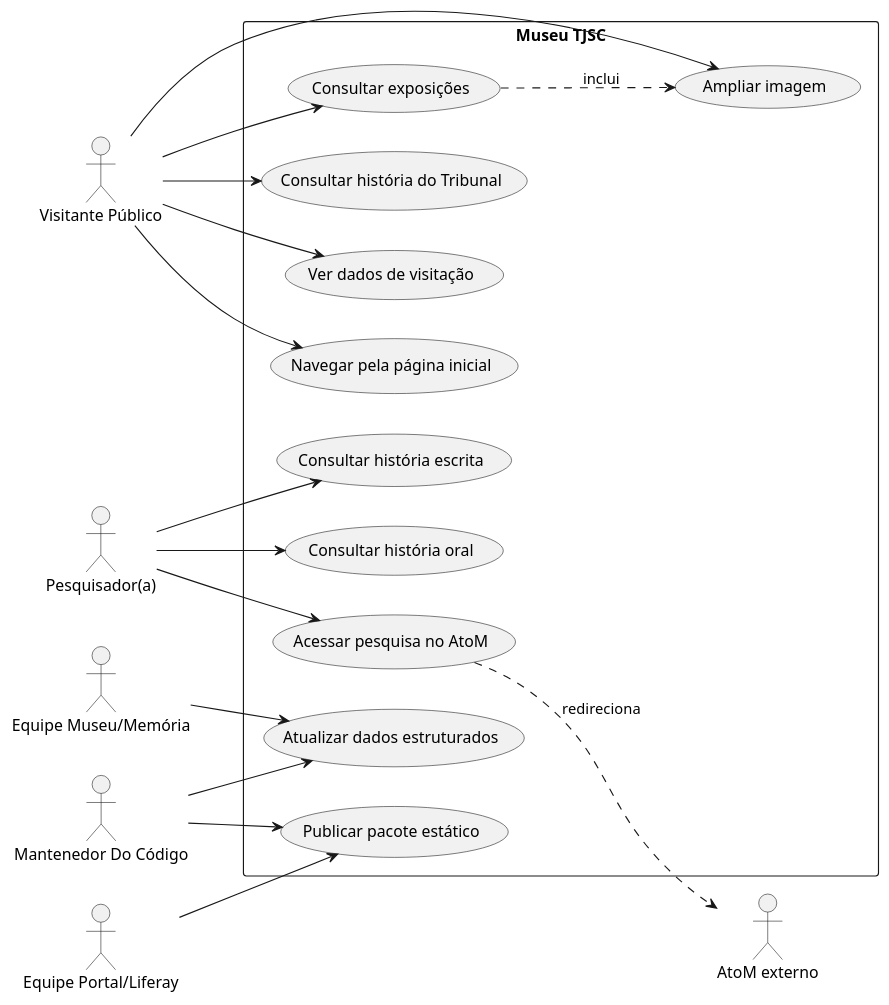
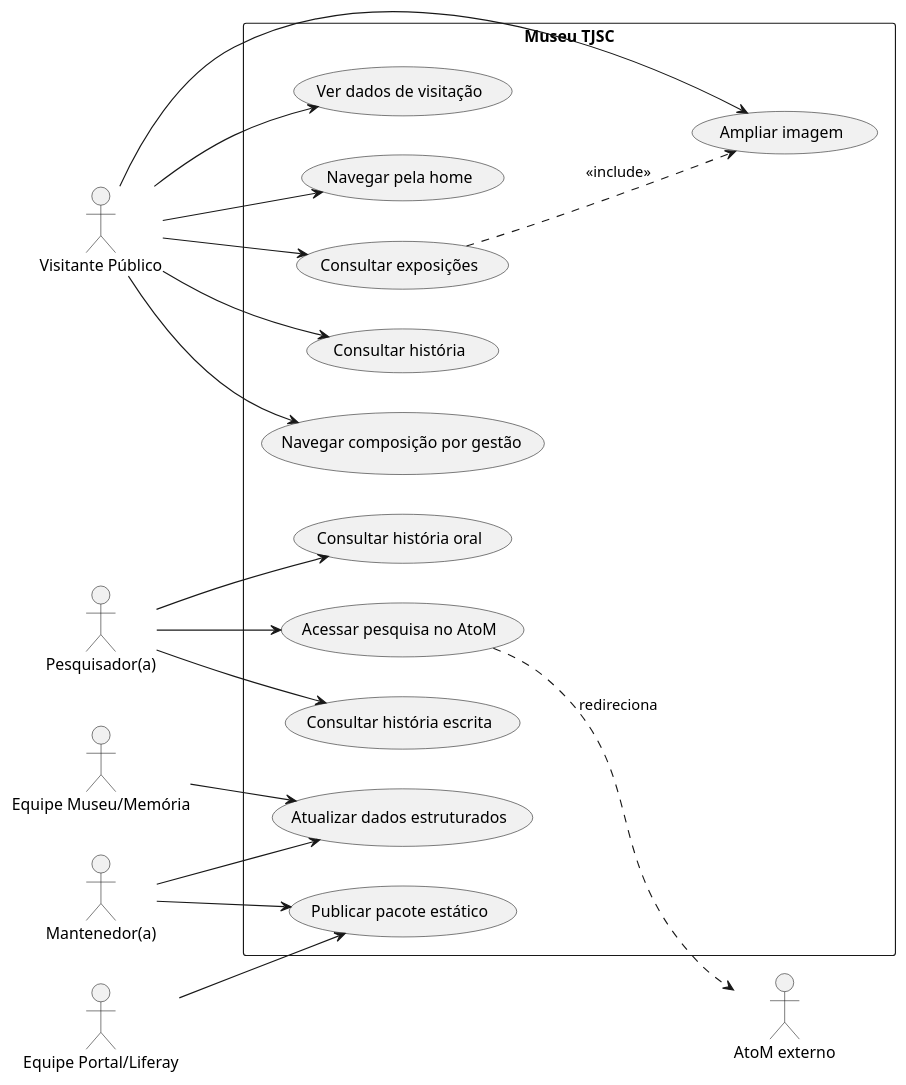
The second of 13 diagrams in docs/arquitetura-uml.md (guilhermespamplona-prog/museu-tjsc), drawn with PlantUML before and after one commit. The commit also changed other lines of this file and 80 other files, not shown here.

````diff
--- a/docs/arquitetura-uml.md
+++ b/docs/arquitetura-uml.md
@@ -439,41 +402,43 @@
 ```plantuml
 @startuml
 left to right direction
 
 actor "Visitante Público" as Visitante
 actor "Pesquisador(a)" as Pesquisador
 actor "Equipe Museu/Memória" as Museu
 actor "Equipe Portal/Liferay" as Portal
-actor "Mantenedor Do Código" as Dev
+actor "Mantenedor(a)" as Dev
 
 rectangle "Museu TJSC" {
-  usecase "Navegar pela página inicial" as UC_Home
+  usecase "Navegar pela home" as UC_Home
   usecase "Consultar exposições" as UC_Exposicoes
   usecase "Ampliar imagem" as UC_Imagem
-  usecase "Consultar história do Tribunal" as UC_Historia
+  usecase "Consultar história" as UC_Historia
   usecase "Consultar história escrita" as UC_Escrita
   usecase "Consultar história oral" as UC_Oral
+  usecase "Navegar composição por gestão" as UC_Composicao
   usecase "Acessar pesquisa no AtoM" as UC_Atom
   usecase "Ver dados de visitação" as UC_Visita
   usecase "Atualizar dados estruturados" as UC_Dados
   usecase "Publicar pacote estático" as UC_Publicar
 }
 
 Visitante --> UC_Home
 Visitante --> UC_Exposicoes
 Visitante --> UC_Imagem
 Visitante --> UC_Historia
+Visitante --> UC_Composicao
 Visitante --> UC_Visita
 Pesquisador --> UC_Escrita
 Pesquisador --> UC_Oral
 Pesquisador --> UC_Atom
 Museu --> UC_Dados
 Dev --> UC_Dados
 Dev --> UC_Publicar
 Portal --> UC_Publicar
 
-UC_Exposicoes ..> UC_Imagem : inclui
+UC_Exposicoes ..> UC_Imagem : <<include>>
 UC_Atom ..> "AtoM externo" : redireciona
 
 @enduml
 ```
````
